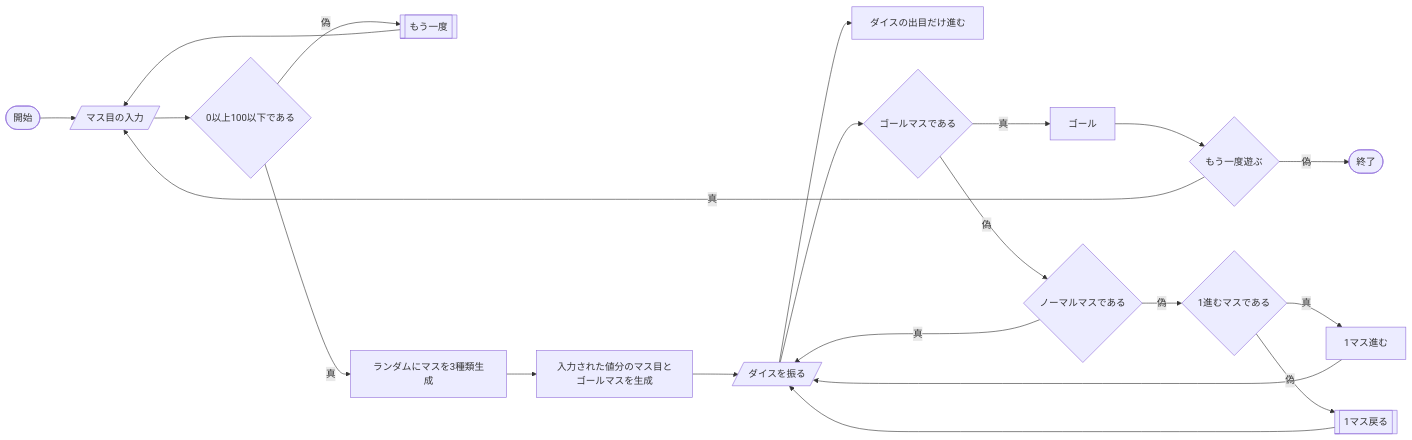
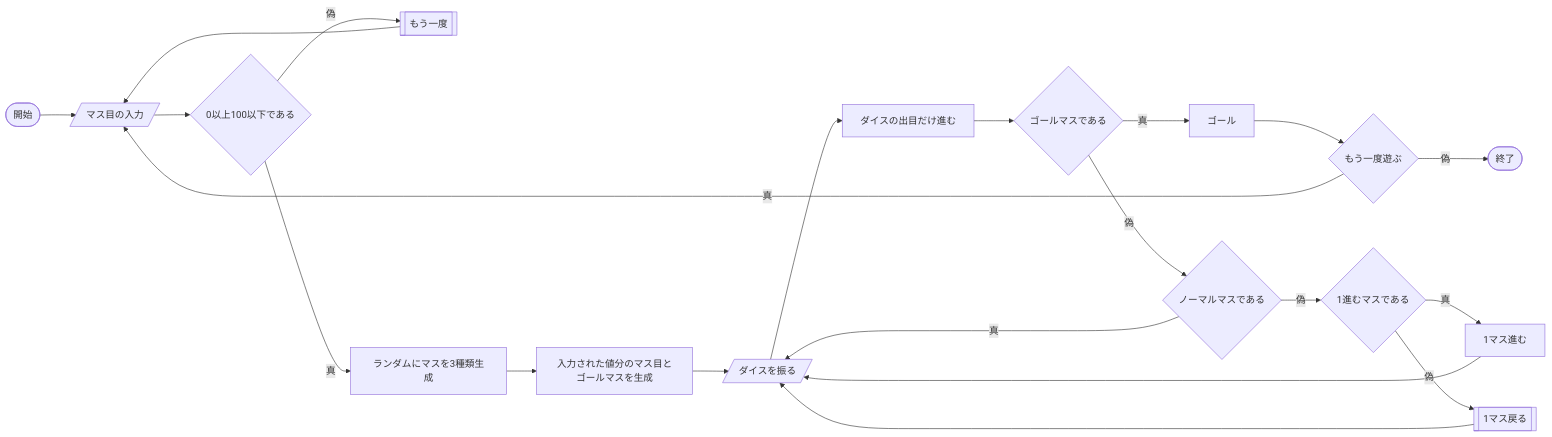
One commit to tpu-game-2022/mermaid_test changed the diagram in README.md. Above: the diagram before and after it, drawn with Mermaid.

````diff
--- a/README.md
+++ b/README.md
@@ -21,24 +21,24 @@
 ```mermaid
 flowchart LR;
   A([開始]) --> B[/マス目の入力/];
   B --> C{0以上100以下である}
   C --偽--> D[[もう一度]];
   D --> B;
   C --真--> E[ランダムにマスを3種類生成];
   E --> F[入力された値分のマス目とゴールマスを生成];
   F --> G[/ダイスを振る/];
   G --> P[ダイスの出目だけ進む];
-  G --> H{ゴールマスである}
+  P --> H{ゴールマスである}
   H --真--> L[ゴール];
   L --> M{もう一度遊ぶ}
   M --真--> B;
   M --偽--> N([終了]);
   H --偽--> I{ノーマルマスである}
   I --真--> G;
   I --偽--> J{1進むマスである}
   J --真--> O[1マス進む];
   O --> G;
   J --偽--> K[[1マス戻る]];
   K --> G;
   
 ```
````
